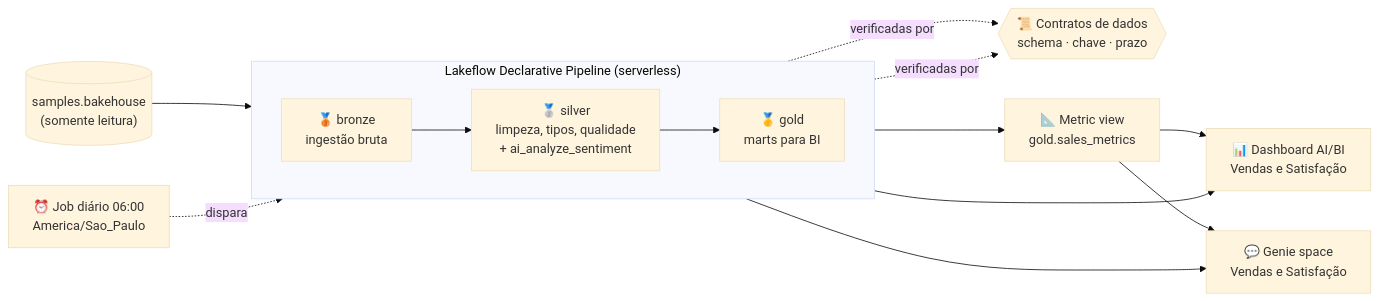
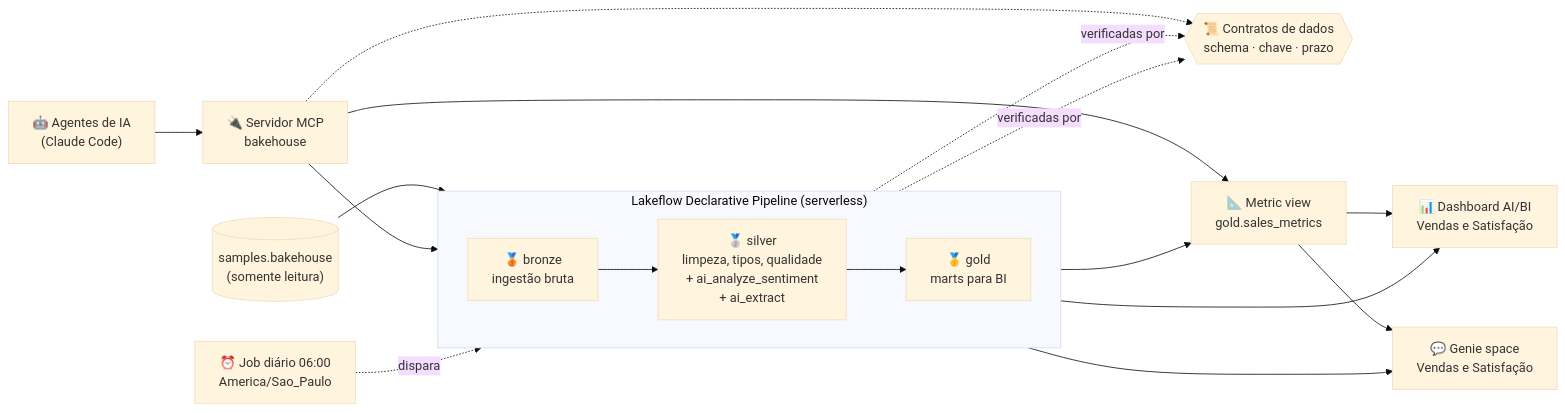
Before and after one commit to altamiropedrosa/databricks_claude_code_bakehouse: the first of 2 diagrams in README.md, drawn with Mermaid (base theme). The commit also changed other lines of this file and 2 other files, not shown here.

````diff
--- a/README.md
+++ b/README.md
@@ -47,22 +63,26 @@
 ```mermaid
 flowchart LR
     src[("samples.bakehouse<br/>(somente leitura)")]
 
     subgraph pipeline["Lakeflow Declarative Pipeline (serverless)"]
         direction LR
         bronze["🥉 bronze<br/>ingestão bruta"]
-        silver["🥈 silver<br/>limpeza, tipos, qualidade<br/>+ ai_analyze_sentiment"]
+        silver["🥈 silver<br/>limpeza, tipos, qualidade<br/>+ ai_analyze_sentiment<br/>+ ai_extract"]
         gold["🥇 gold<br/>marts para BI"]
         bronze --> silver --> gold
     end
 
     src --> bronze
     contracts{{"📜 Contratos de dados<br/>schema · chave · prazo"}}
     silver & gold -. verificadas por .-> contracts
     silver --> mv["📐 Metric view<br/>gold.sales_metrics"]
     mv --> dash["📊 Dashboard AI/BI<br/>Vendas e Satisfação"]
     gold --> dash
     mv --> genie["💬 Genie space<br/>Vendas e Satisfação"]
     gold --> genie
+    agents["🤖 Agentes de IA<br/>(Claude Code)"] --> mcp["🔌 Servidor MCP<br/>bakehouse"]
+    mcp --> mv
+    mcp --> gold
+    mcp -.-> contracts
     job["⏰ Job diário 06:00<br/>America/Sao_Paulo"] -. dispara .-> pipeline
 ```
````
